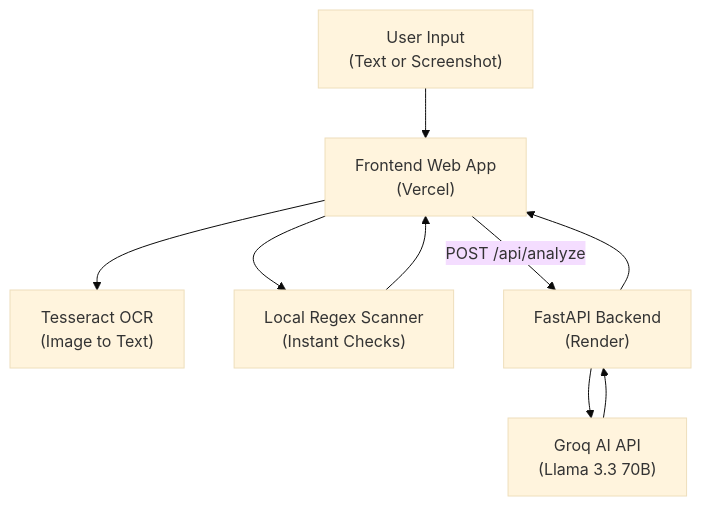
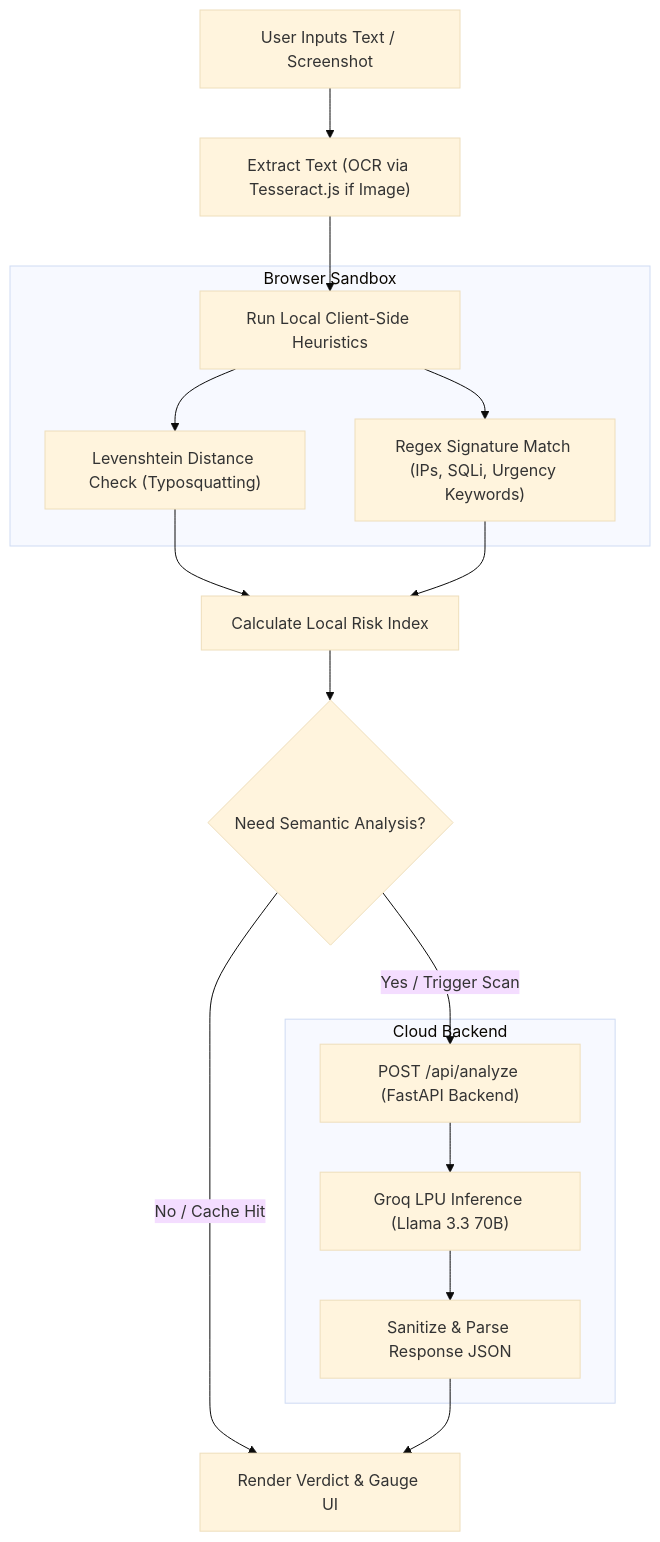
The first of 2 diagrams in README.md (abhienix/AI-red-flag-detector), drawn with Mermaid (base theme) before and after one commit. The commit also changed other lines of this file, not shown here.

Commit message:
docs: overhaul README to explain hybrid engine design with system architecture diagrams

````diff
--- a/README.md
+++ b/README.md
@@ -25,11 +36,23 @@
 ```mermaid
 flowchart TD
-    User["User Input\n(Text or Screenshot)"] --> UI["Frontend Web App\n(Vercel)"]
-    UI --> OCR["Tesseract OCR\n(Image to Text)"]
-    UI --> Heuristic["Local Regex Scanner\n(Instant Checks)"]
-    Heuristic --> UI
-    UI -->|"POST /api/analyze"| API["FastAPI Backend\n(Render)"]
-    API --> Groq["Groq AI API\n(Llama 3.3 70B)"]
-    Groq --> API
-    API --> UI
+    Start["User Inputs Text / Screenshot"] --> Extract["Extract Text (OCR via Tesseract.js if Image)"]
+    Extract --> LocalScan["Run Local Client-Side Heuristics"]
+    
+    subgraph Client-Side Browser [Browser Sandbox]
+        LocalScan --> Check1["Levenshtein Distance Check (Typosquatting)"]
+        LocalScan --> Check2["Regex Signature Match (IPs, SQLi, Urgency Keywords)"]
+    end
+    
+    Check1 & Check2 --> ScoreCalc["Calculate Local Risk Index"]
+    
+    ScoreCalc --> APIFunnel{"Need Semantic Analysis?"}
+    APIFunnel -->|Yes / Trigger Scan| BackendAPI["POST /api/analyze (FastAPI Backend)"]
+    APIFunnel -->|No / Cache Hit| RenderResults["Render Verdict & Gauge UI"]
+    
+    subgraph Remote Processing [Cloud Backend]
+        BackendAPI --> LLM["Groq LPU Inference (Llama 3.3 70B)"]
+        LLM --> Clean["Sanitize & Parse Response JSON"]
+    end
+    
+    Clean --> RenderResults
 ```
````
